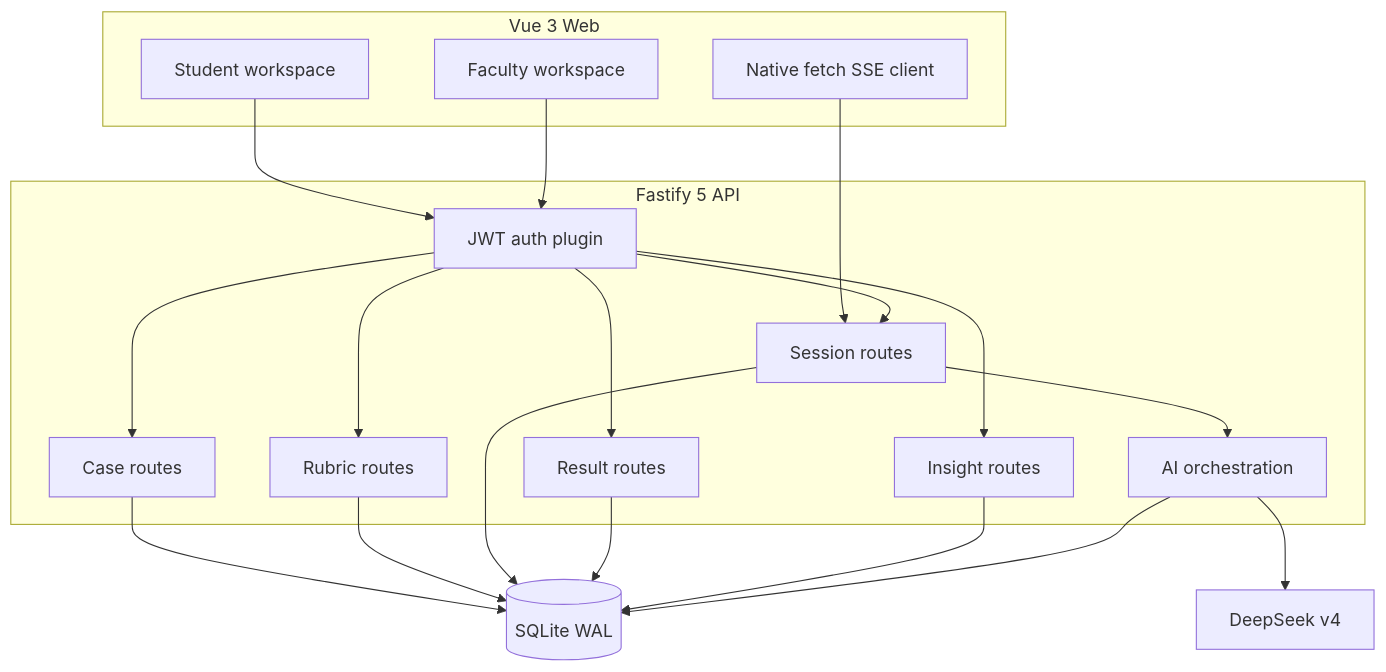
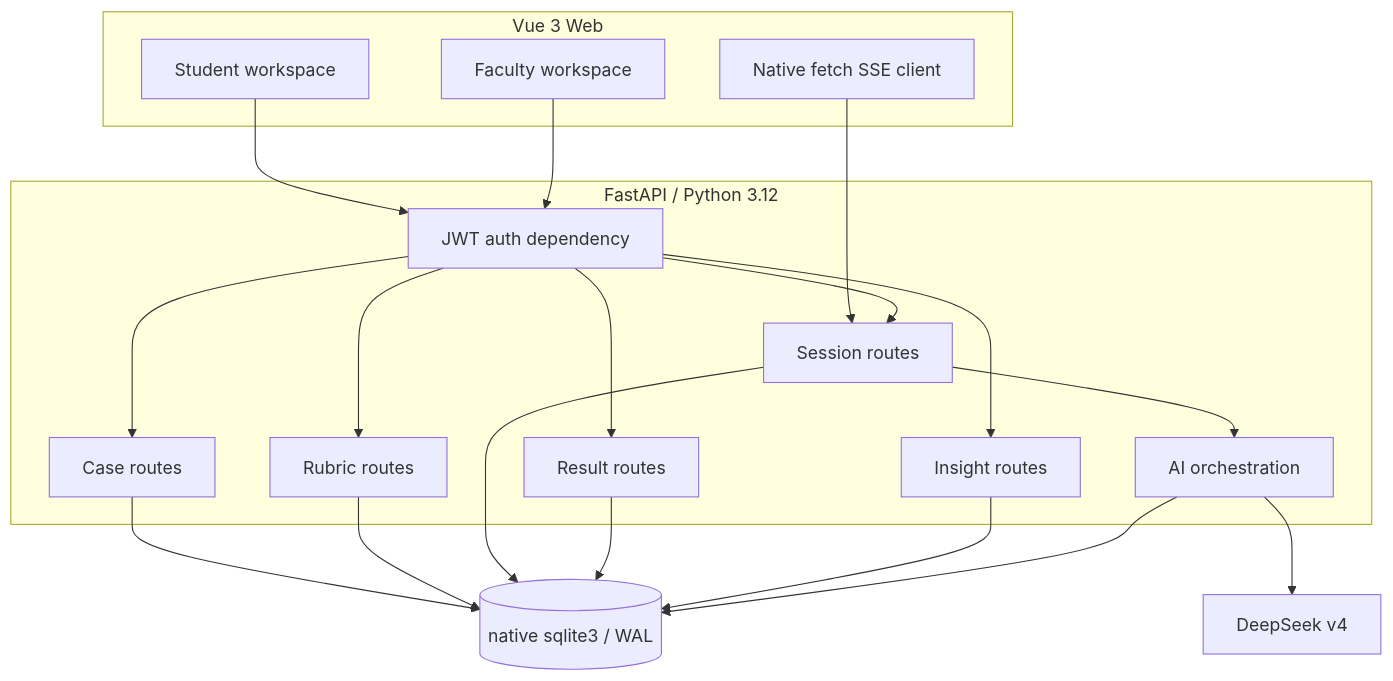
Before and after one commit to yawen666/simclin-au: the fourth of 8 diagrams in docs/PRODUCT-ARCHITECTURE.md, drawn with Mermaid. The commit also changed other lines of this file and 88 other files, not shown here.

Commit message:
Refactor API to FastAPI for 1.0

````diff
--- a/docs/PRODUCT-ARCHITECTURE.md
+++ b/docs/PRODUCT-ARCHITECTURE.md
@@ -144,35 +147,35 @@
 ```mermaid
 flowchart TB
   subgraph UI[Vue 3 Web]
     S[Student workspace]
     F[Faculty workspace]
     SSE[Native fetch SSE client]
   end
-  subgraph API[Fastify 5 API]
-    AUTH[JWT auth plugin]
+  subgraph API[FastAPI / Python 3.12]
+    AUTH[JWT auth dependency]
     CASE[Case routes]
     RUBRIC[Rubric routes]
     SESSION[Session routes]
     RESULT[Result routes]
     INSIGHT[Insight routes]
     AI[AI orchestration]
   end
-  DB[(SQLite WAL)]
+  DB[(native sqlite3 / WAL)]
   DS[DeepSeek v4]
   S --> AUTH
   F --> AUTH
   SSE --> SESSION
   AUTH --> CASE
   AUTH --> RUBRIC
   AUTH --> SESSION
   AUTH --> RESULT
   AUTH --> INSIGHT
   CASE --> DB
   RUBRIC --> DB
   SESSION --> DB
   RESULT --> DB
   INSIGHT --> DB
   SESSION --> AI
   AI --> DS
   AI --> DB
 ```
````
